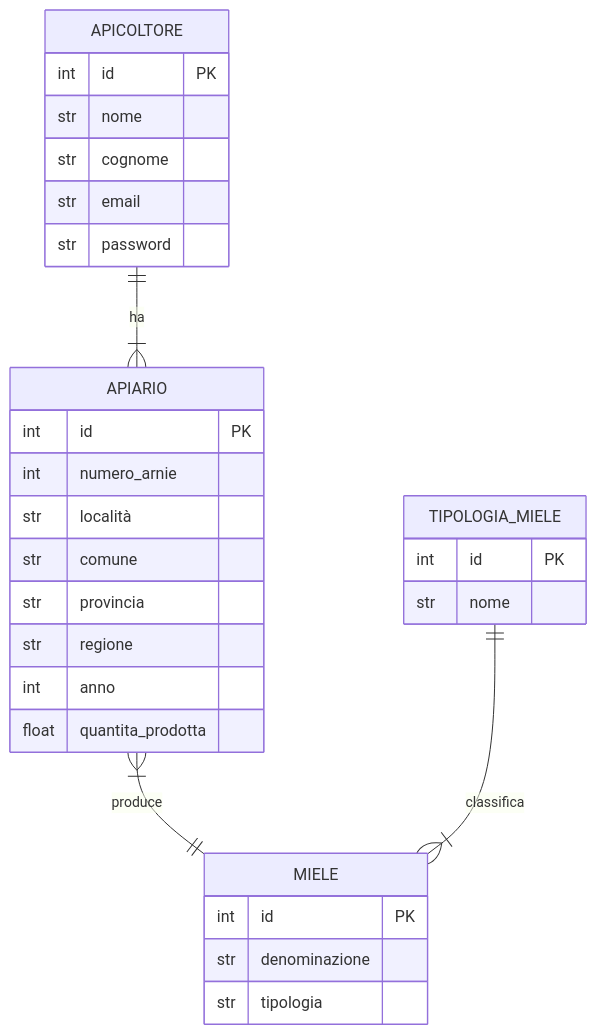
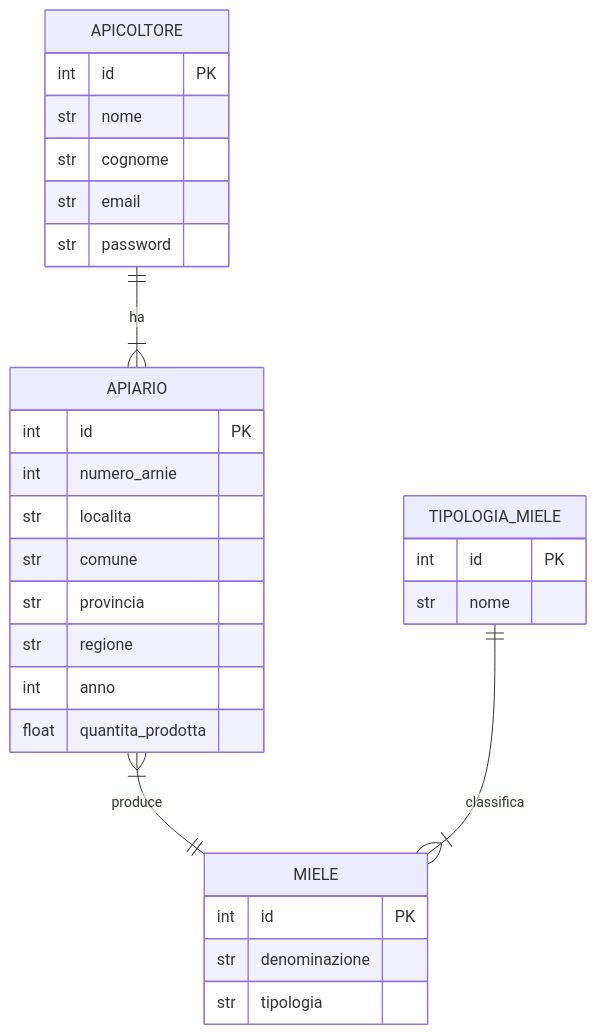
One commit to LorenzoPezzolesi/esercizi_python_5M changed the diagram in esercizio_1/pezzolesi_es1.mmd. Above: the diagram before and after it, drawn with Mermaid.

Commit message:
Fix typo in 'località' to 'localita'

```diff
--- a/esercizio_1/pezzolesi_es1.mmd
+++ b/esercizio_1/pezzolesi_es1.mmd
@@ -1,35 +1,35 @@
 erDiagram
 
     TIPOLOGIA_MIELE {
         int id PK
         str nome 
     }
 
     MIELE {
         int id PK
         str denominazione
         str tipologia
     }
 
     APICOLTORE {
         int id PK
         str nome
         str cognome
         str email
         str password
     }
 
     APIARIO {
         int id PK
         int numero_arnie
-        str località
+        str localita
         str comune
         str provincia
         str regione
         int anno
         float quantita_prodotta
     }
     
     APIARIO }|--|| MIELE : produce
     APICOLTORE ||--|{ APIARIO : ha
     TIPOLOGIA_MIELE ||--|{ MIELE : classifica
```
